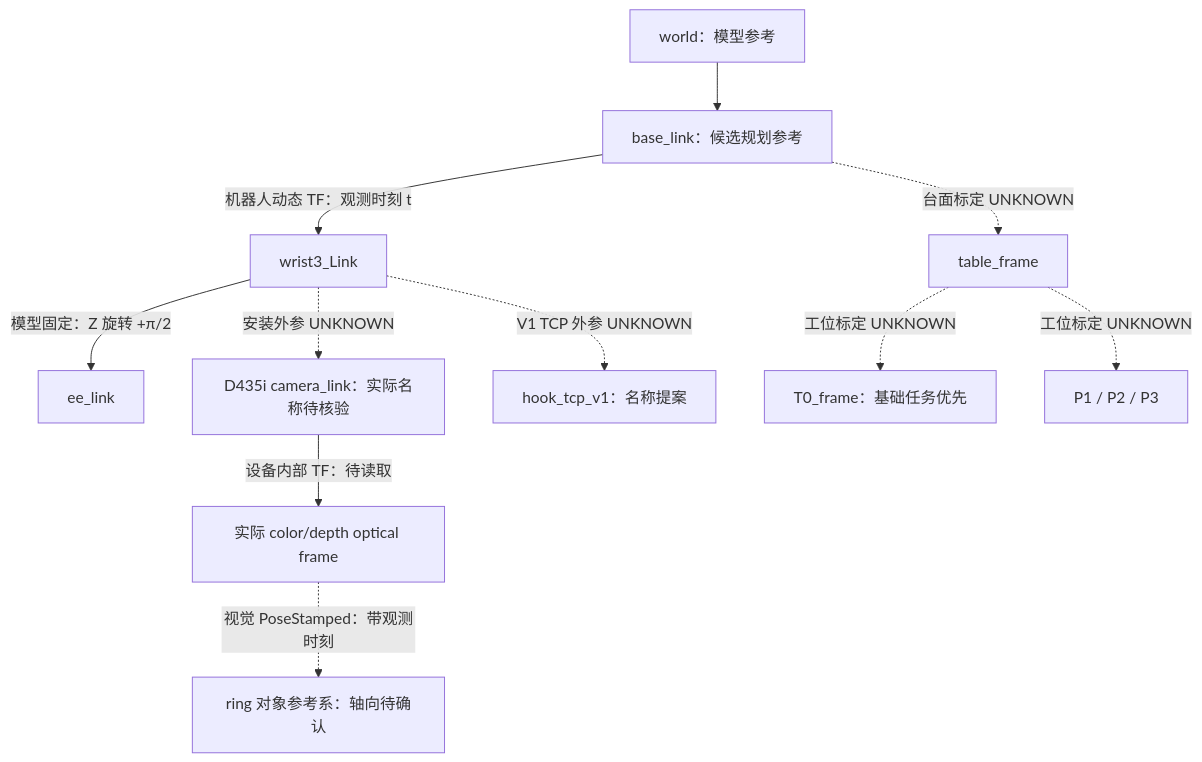
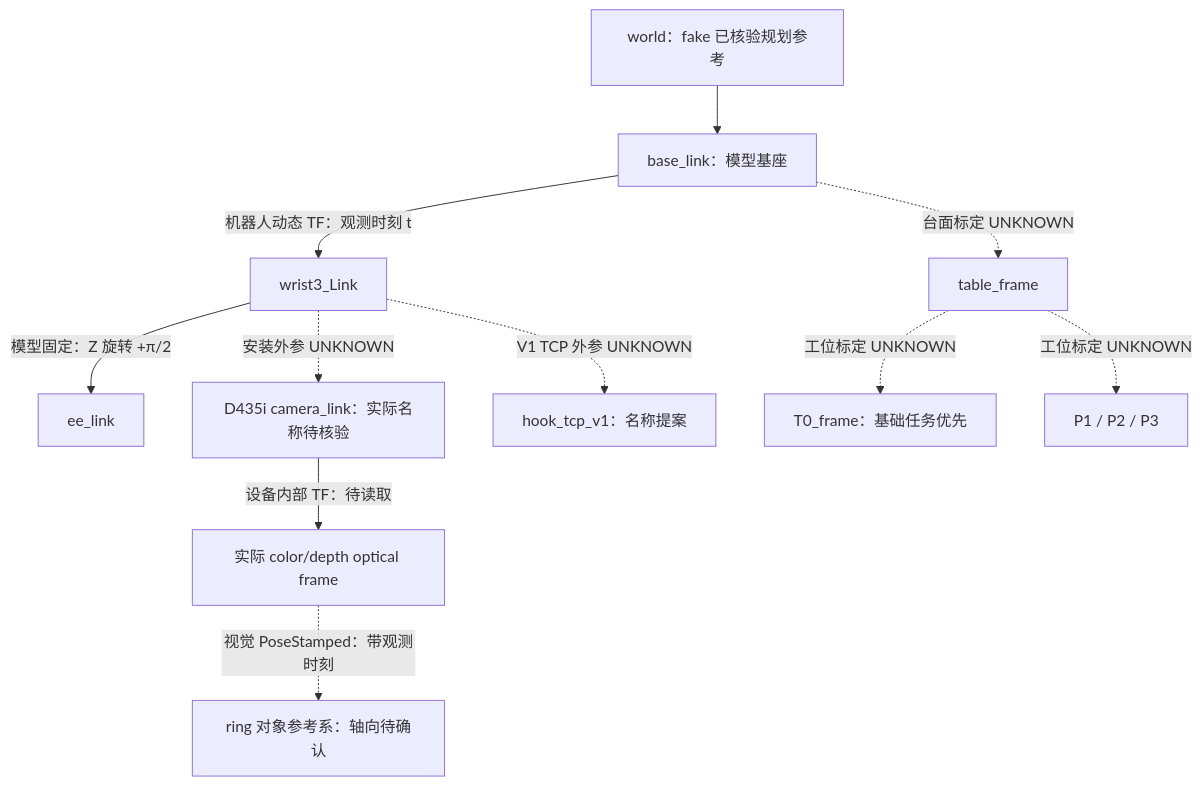
The diagram in TF_AND_CALIBRATION_HANDOFF.md (F1u0rite/meituan_challenge_ws), drawn with Mermaid before and after one commit. The commit also changed other lines of this file and 13 other files, not shown here.

````diff
--- a/TF_AND_CALIBRATION_HANDOFF.md
+++ b/TF_AND_CALIBRATION_HANDOFF.md
@@ -24,13 +24,13 @@
 ```mermaid
 flowchart TD
-    W[world：模型参考] --> B[base_link：候选规划参考]
+    W[world：fake 已核验规划参考] --> B[base_link：模型基座]
     B -->|机器人动态 TF：观测时刻 t| E[wrist3_Link]
     E -->|模型固定：Z 旋转 +π/2| EE[ee_link]
     E -.->|安装外参 UNKNOWN| C[D435i camera_link：实际名称待核验]
     C -->|设备内部 TF：待读取| O[实际 color/depth optical frame]
     O -.->|视觉 PoseStamped：带观测时刻| R[ring 对象参考系：轴向待确认]
     E -.->|V1 TCP 外参 UNKNOWN| TCP[hook_tcp_v1：名称提案]
     B -.->|台面标定 UNKNOWN| T[table_frame]
     T -.->|工位标定 UNKNOWN| T0[T0_frame：基础任务优先]
     T -.->|工位标定 UNKNOWN| P[P1 / P2 / P3]
 ```
````
